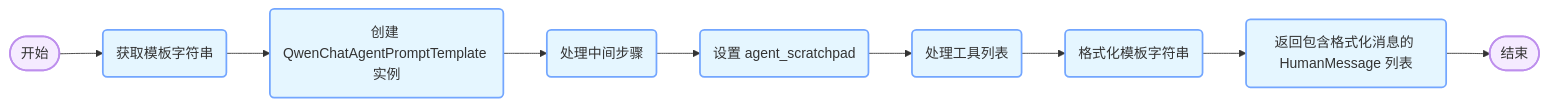
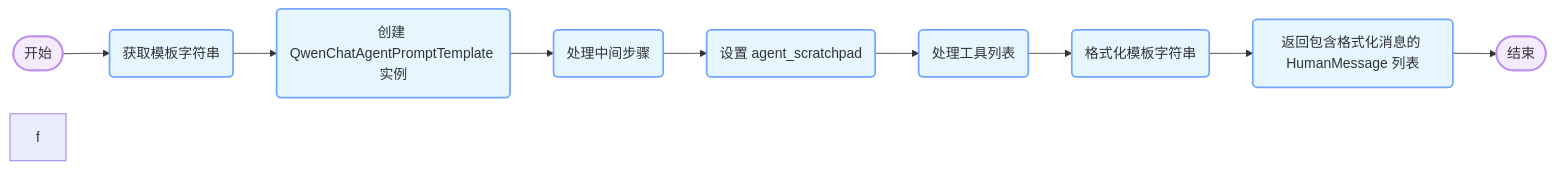
Before and after one commit to sdgixfg/iodraw-files: the diagram in all/未命名-2.md, drawn with Mermaid.

Commit message:
2025-05-24 15:51:45 update

````diff
--- a/all/未命名-2.md
+++ b/all/未命名-2.md
@@ -1,17 +1,18 @@
 ```mermaid
 graph LR
     classDef startend fill:#F5EBFF,stroke:#BE8FED,stroke-width:2px
     classDef process fill:#E5F6FF,stroke:#73A6FF,stroke-width:2px
     classDef decision fill:#FFF6CC,stroke:#FFBC52,stroke-width:2px
     
     A([开始]):::startend --> E(获取模板字符串):::process
     
     E --> F(创建 QwenChatAgentPromptTemplate 实例):::process
     F --> G(处理中间步骤):::process
+    f
     G --> H(设置 agent_scratchpad):::process
     H --> J(处理工具列表):::process
     %% I --> J(创建工具名称列表):::process
     J --> K(格式化模板字符串):::process
     K --> L(返回包含格式化消息的 HumanMessage 列表):::process
     L --> M([结束]):::startend
 ```
````
